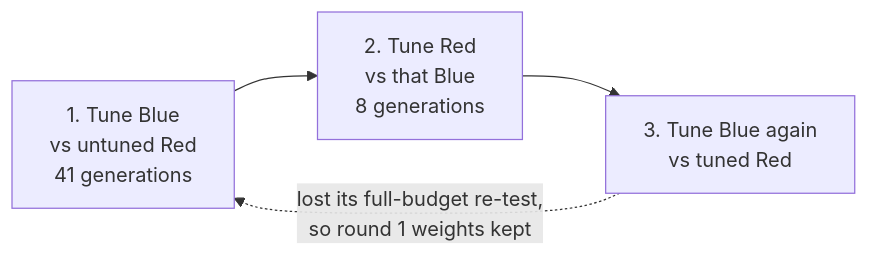
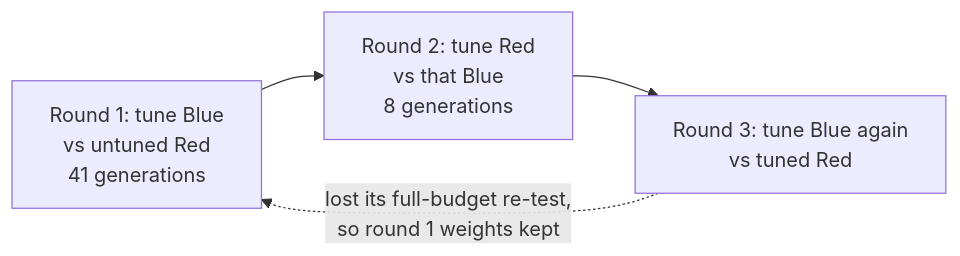
Diagram 12 of 12 in README.md (shadowfax-505/Zero-Day), drawn with Mermaid before and after one commit. The commit also changed other lines of this file, not shown here.

Commit message:
README: fix the co-evolution diagram on GitHub

````diff
--- a/README.md
+++ b/README.md
@@ -403,5 +403,5 @@
 ```mermaid
 flowchart LR
-    B1["1. Tune Blue<br/>vs untuned Red<br/>41 generations"] --> R1["2. Tune Red<br/>vs that Blue<br/>8 generations"] --> B2["3. Tune Blue again<br/>vs tuned Red"]
-    B2 -. "lost its full-budget re-test,<br/>so round 1 weights kept" .-> B1
+    B1["Round 1: tune Blue<br/>vs untuned Red<br/>41 generations"] --> R1["Round 2: tune Red<br/>vs that Blue<br/>8 generations"] --> B2["Round 3: tune Blue again<br/>vs tuned Red"]
+    B2 -.->|"lost its full-budget re-test,<br/>so round 1 weights kept"| B1
 ```
````
